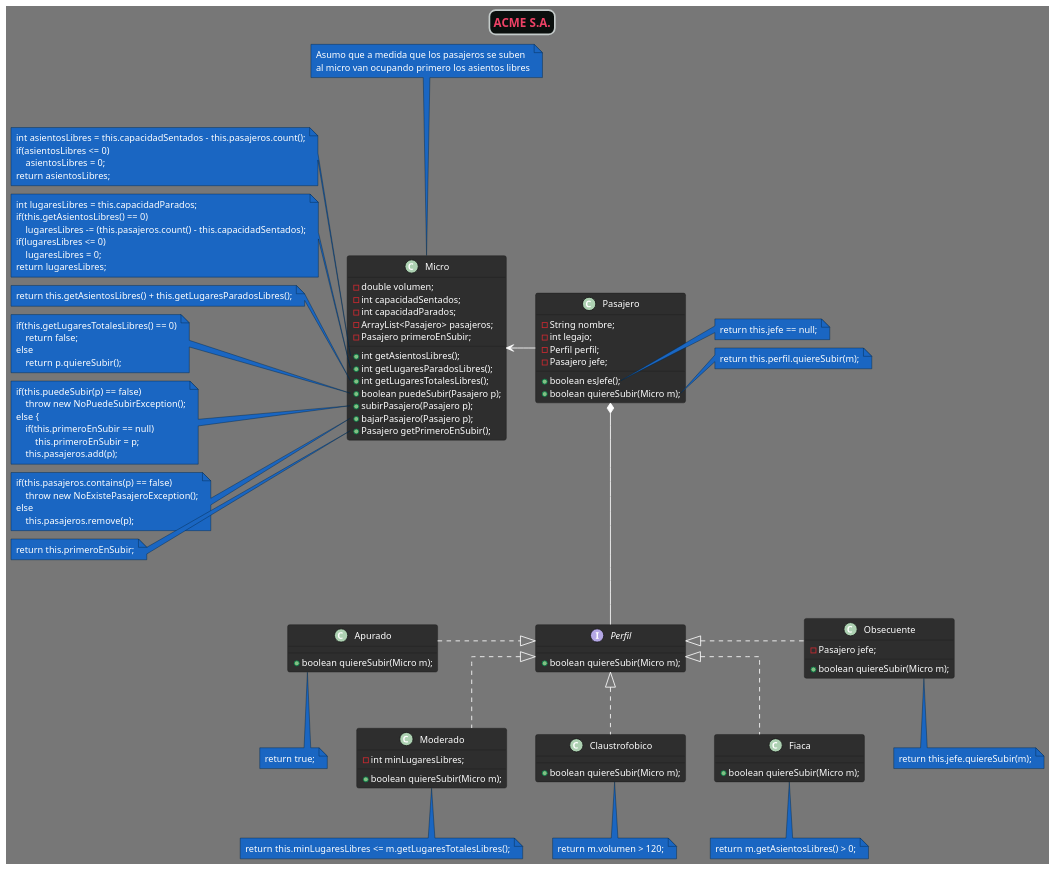
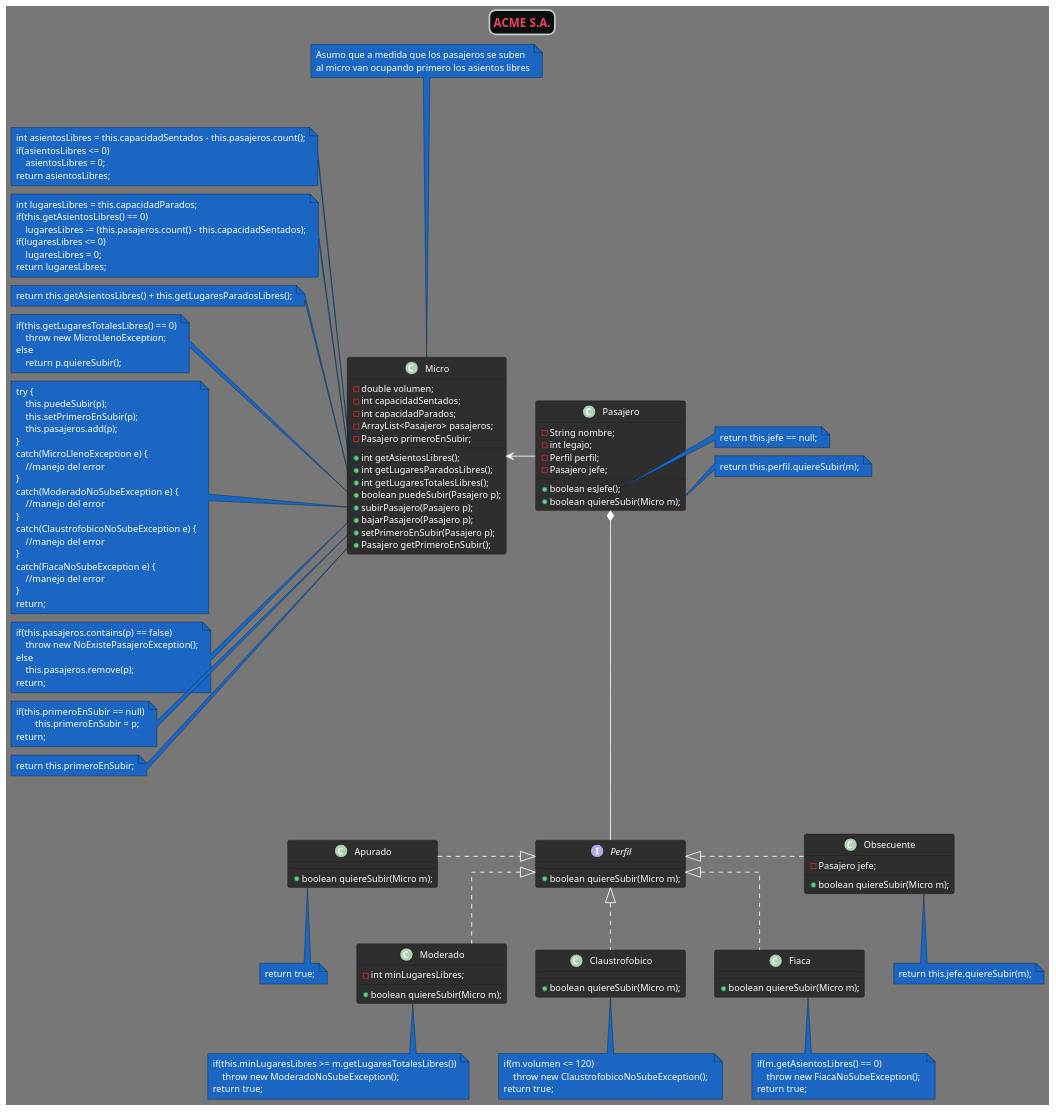
One commit to m-doce/ejercicios_utn changed the diagram in EjercicioMicros/src/diagrama.puml. Above: the diagram before and after it, drawn with PlantUML.

Commit message:
Cambio en los métodos de los perfiles, añadido soporte para excepciones

```diff
--- a/EjercicioMicros/src/diagrama.puml
+++ b/EjercicioMicros/src/diagrama.puml
@@ -1,157 +1,177 @@
 @startuml
 title "ACME S.A."
 !theme reddress-darkblue
 scale 1.3
 skinparam Linetype ortho
 skinparam titleBorderRoundCorner 15
 skinparam titleBorderThickness 2
 skinparam titleBorderColor #C4CBCA
 skinparam titleBackgroundColor #0A0F0D
 skinparam defaultFontColor #FFFFFF
 skinparam titleFontColor #EE4266
 
 
 
 class Micro {
     -double volumen;
     -int capacidadSentados;
     -int capacidadParados;
     -ArrayList<Pasajero> pasajeros;
     -Pasajero primeroEnSubir;
 
     +int getAsientosLibres();
     +int getLugaresParadosLibres();
     +int getLugaresTotalesLibres();
     +boolean puedeSubir(Pasajero p);
     +subirPasajero(Pasajero p);
     +bajarPasajero(Pasajero p);
+    +setPrimeroEnSubir(Pasajero p);
     +Pasajero getPrimeroEnSubir();
 }
 
 class Pasajero {
     -String nombre;
     -int legajo;
     -Perfil perfil;
     -Pasajero jefe;
 
     +boolean esJefe();
     +boolean quiereSubir(Micro m);
 }
 
 interface Perfil {
     +boolean quiereSubir(Micro m);
 }
 
 class Apurado {
     +boolean quiereSubir(Micro m);
 }
 
 class Claustrofobico {
     +boolean quiereSubir(Micro m);
 }
 
 class Fiaca {
     +boolean quiereSubir(Micro m);
 }
 
 class Moderado {
     -int minLugaresLibres;
 
     +boolean quiereSubir(Micro m);
 }
 
 class Obsecuente {
     -Pasajero jefe;
 
     +boolean quiereSubir(Micro m);
 }
 
 
 
 'Relaciones
 Pasajero -l-> Micro
 Pasajero *-- Perfil
 
 Perfil <|.l. Apurado
 Perfil <|.. Claustrofobico
 Perfil <|.. Fiaca
 Perfil <|.. Moderado
 Perfil <|.r. Obsecuente
 
 
 'Notas
 'Perfiles
 note bottom of Apurado: return true;
 
-note bottom of Claustrofobico: return m.volumen > 120;
+note bottom of Claustrofobico: if(m.volumen <= 120)\n    throw new ClaustrofobicoNoSubeException(); \nreturn true;
 
-note bottom of Fiaca: return m.getAsientosLibres() > 0;
+note bottom of Fiaca: if(m.getAsientosLibres() == 0)\n    throw new FiacaNoSubeException(); \nreturn true;
 
-note bottom of Moderado: return this.minLugaresLibres <= m.getLugaresTotalesLibres();
+note bottom of Moderado: if(this.minLugaresLibres >= m.getLugaresTotalesLibres())\n    throw new ModeradoNoSubeException(); \nreturn true;
 
 note bottom of Obsecuente: return this.jefe.quiereSubir(m);
 
 'Pasajero
 note right of Pasajero::esJefe
 return this.jefe == null;
 endnote
 
 note right of Pasajero::quiereSubir
 return this.perfil.quiereSubir(m);
 endnote
 
 'Micro
 note as N1
 Asumo que a medida que los pasajeros se suben
 al micro van ocupando primero los asientos libres
 endnote
 Micro -u- N1
 
 note left of Micro::getAsientosLibres
 int asientosLibres = this.capacidadSentados - this.pasajeros.count();
 if(asientosLibres <= 0)
     asientosLibres = 0;
 return asientosLibres;
 endnote
 
 note left of Micro::getLugaresParadosLibres
 int lugaresLibres = this.capacidadParados;
 if(this.getAsientosLibres() == 0)
     lugaresLibres -= (this.pasajeros.count() - this.capacidadSentados);
 if(lugaresLibres <= 0)
     lugaresLibres = 0;
 return lugaresLibres;
 endnote
 
 note left of Micro::getLugaresTotalesLibres
 return this.getAsientosLibres() + this.getLugaresParadosLibres();
 endnote
 
 note left of Micro::puedeSubir
 if(this.getLugaresTotalesLibres() == 0)
-    return false;
+    throw new MicroLlenoException;
 else
     return p.quiereSubir();
 endnote
 
 note left of Micro::subirPasajero
-if(this.puedeSubir(p) == false)
-    throw new NoPuedeSubirException();
-else {
-    if(this.primeroEnSubir == null)
-        this.primeroEnSubir = p;
+try {
+    this.puedeSubir(p);
+    this.setPrimeroEnSubir(p);
     this.pasajeros.add(p);
+}
+catch(MicroLlenoException e) {
+    //manejo del error
+}
+catch(ModeradoNoSubeException e) {
+    //manejo del error
+}
+catch(ClaustrofobicoNoSubeException e) {
+    //manejo del error
+}
+catch(FiacaNoSubeException e) {
+    //manejo del error
+}
+return;
 endnote
 
 note left of Micro::bajarPasajero
 if(this.pasajeros.contains(p) == false)
     throw new NoExistePasajeroException();
 else
     this.pasajeros.remove(p);
+return;
+endnote
+
+note left of Micro::setPrimeroEnSubir
+if(this.primeroEnSubir == null)
+        this.primeroEnSubir = p;
+return;
 endnote
 
 note left of Micro::getPrimeroEnSubir
 return this.primeroEnSubir;
 endnote
 
 @enduml
```
